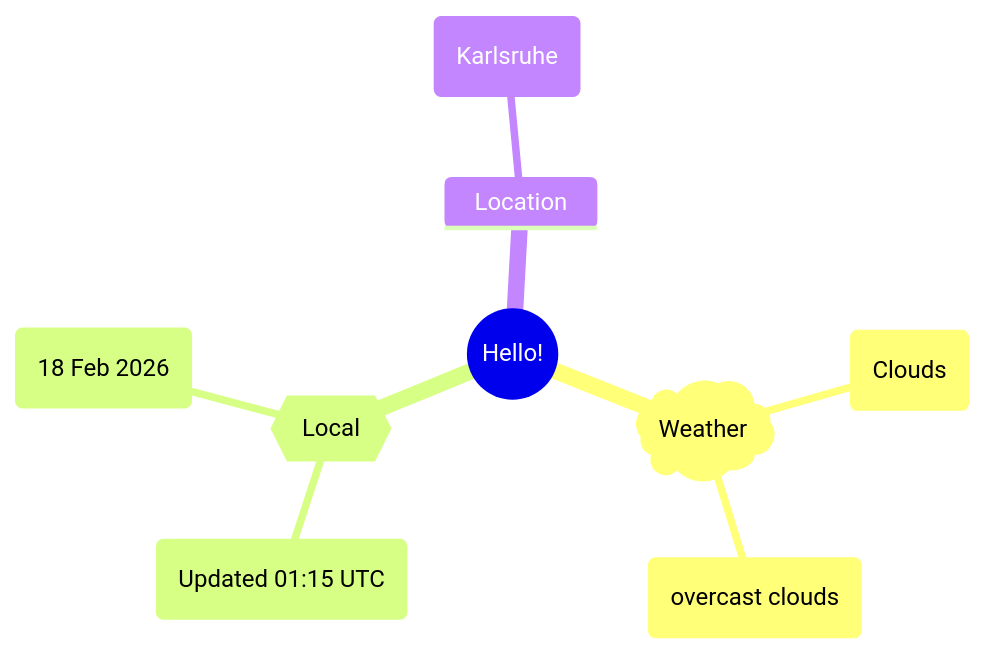
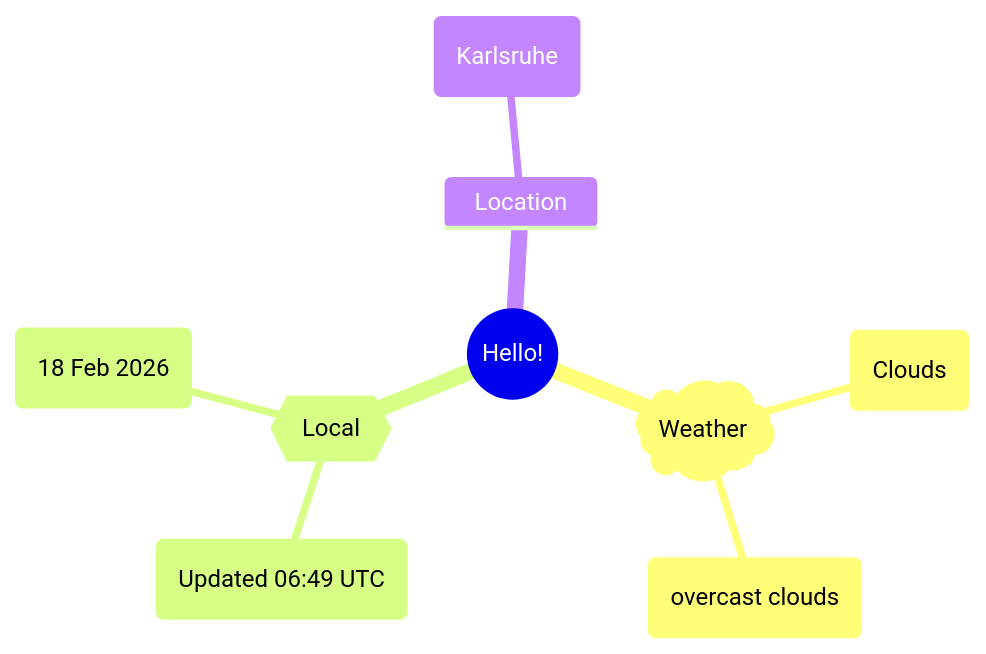
One commit to Xosrov/Xosrov changed the first of 2 diagrams in README.md. Above: the diagram before and after it, drawn with Mermaid.

Commit message:
[bot] updated images

````diff
--- a/README.md
+++ b/README.md
@@ -3,12 +3,12 @@
 ```mermaid
 mindmap
   root((Hello!))
     )Weather(
         (Clouds)
         (overcast clouds)
     {{Local}}
-        (Updated 01:15 UTC)
+        (Updated 06:49 UTC)
         (18 Feb 2026)
     Location
         (Karlsruhe)
 ```
````
